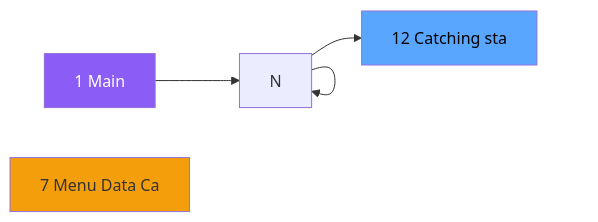
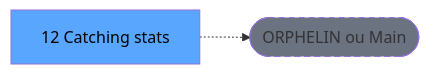
Before and after one commit to thonyAGP/lecteur-magic: the second of 3 diagrams in .openspec/specs/ADH-IDE-12.md, drawn with Mermaid. The commit also changed other lines of this file and 701 other files, not shown here.

````diff
--- a/.openspec/specs/ADH-IDE-12.md
+++ b/.openspec/specs/ADH-IDE-12.md
@@ -117,13 +120,8 @@
 ```mermaid
 graph LR
-    M[1 Main]
-    N7[7 Menu Data Ca]
-    T[12 Catching sta]
-    M --> N
-    N --> N
-    N --> N
-    N --> T
-    style M fill:#8b5cf6,color:#fff
-    style N7 fill:#f59e0b
+    T[12 Catching stats]
+    ORPHAN([ORPHELIN ou Main])
+    T -.-> ORPHAN
     style T fill:#58a6ff,color:#000
+    style ORPHAN fill:#6b7280,stroke-dasharray: 5 5
 ```
````
